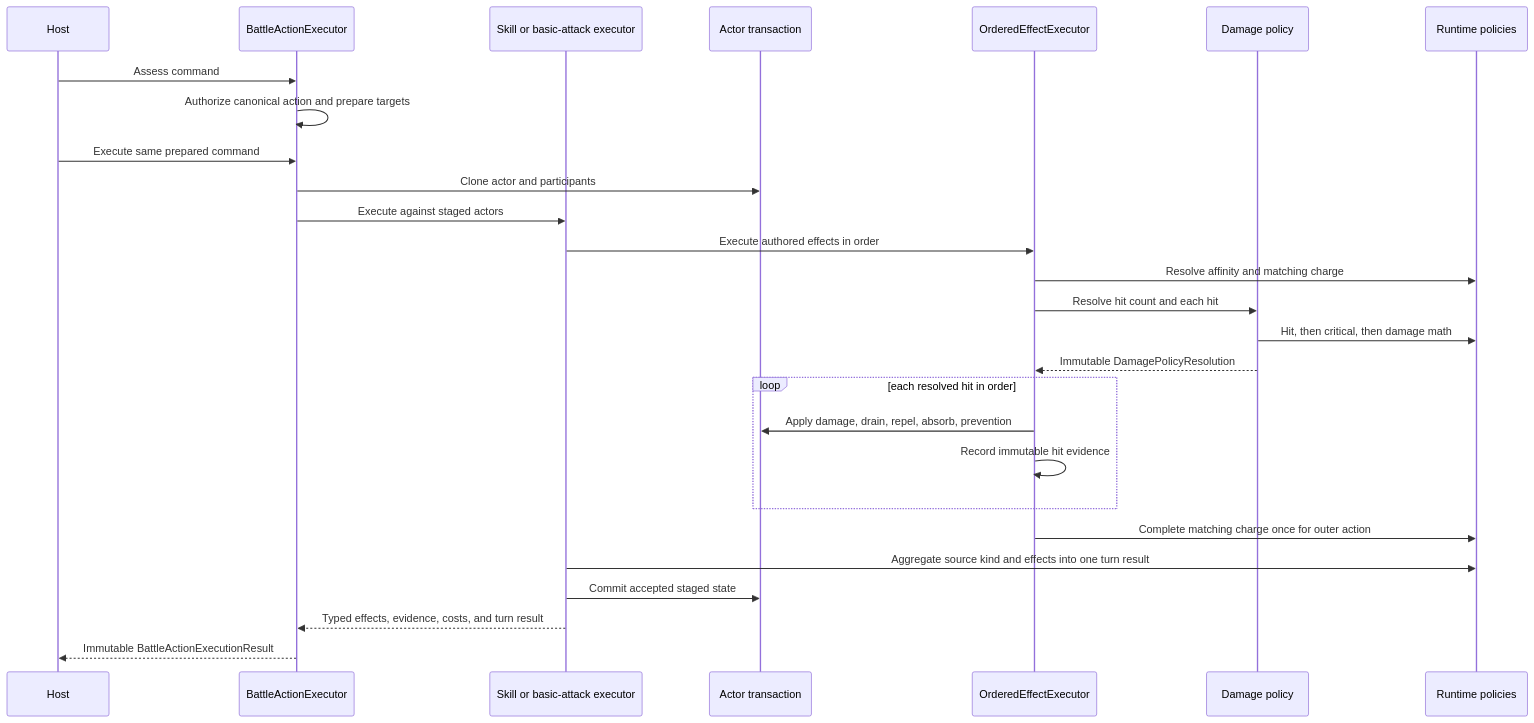
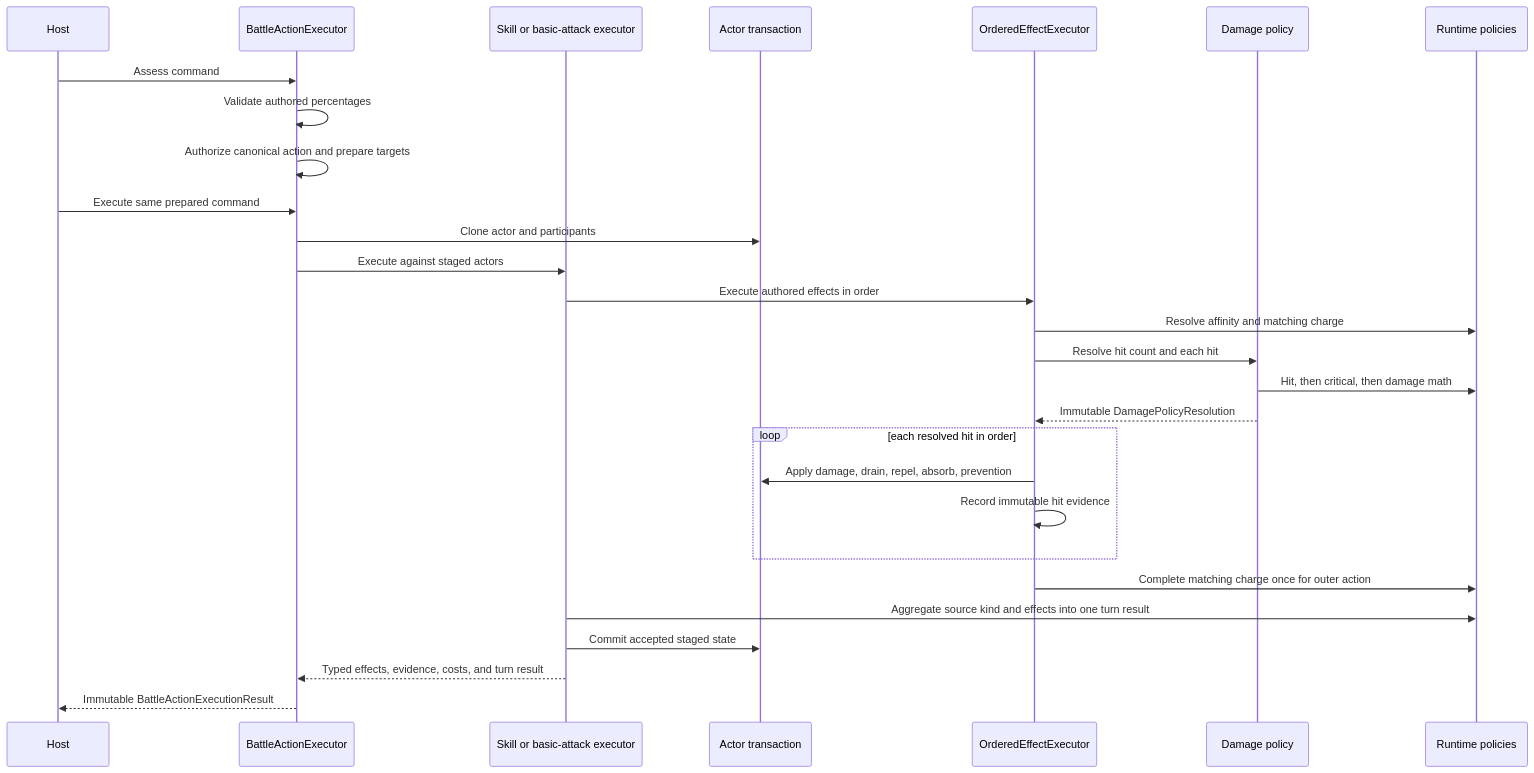
The second of 8 diagrams in docs/technical/combat-resolution-pipeline.md (KayelC/Convergence), drawn with Mermaid before and after one commit. The commit also changed other lines of this file and 18 other files, not shown here.

````diff
--- a/docs/technical/combat-resolution-pipeline.md
+++ b/docs/technical/combat-resolution-pipeline.md
@@ -43,30 +43,31 @@
 ```mermaid
 sequenceDiagram
     participant H as Host
     participant A as BattleActionExecutor
     participant S as Skill or basic-attack executor
     participant T as Actor transaction
     participant O as OrderedEffectExecutor
     participant D as Damage policy
     participant P as Runtime policies
 
     H->>A: Assess command
+    A->>A: Validate authored percentages
     A->>A: Authorize canonical action and prepare targets
     H->>A: Execute same prepared command
     A->>T: Clone actor and participants
     A->>S: Execute against staged actors
     S->>O: Execute authored effects in order
     O->>P: Resolve affinity and matching charge
     O->>D: Resolve hit count and each hit
     D->>P: Hit, then critical, then damage math
     D-->>O: Immutable DamagePolicyResolution
     loop each resolved hit in order
         O->>T: Apply damage, drain, repel, absorb, prevention
         O->>O: Record immutable hit evidence
     end
     O->>P: Complete matching charge once for outer action
     S->>P: Aggregate source kind and effects into one turn result
     S->>T: Commit accepted staged state
     S-->>A: Typed effects, evidence, costs, and turn result
     A-->>H: Immutable BattleActionExecutionResult
 ```
````
